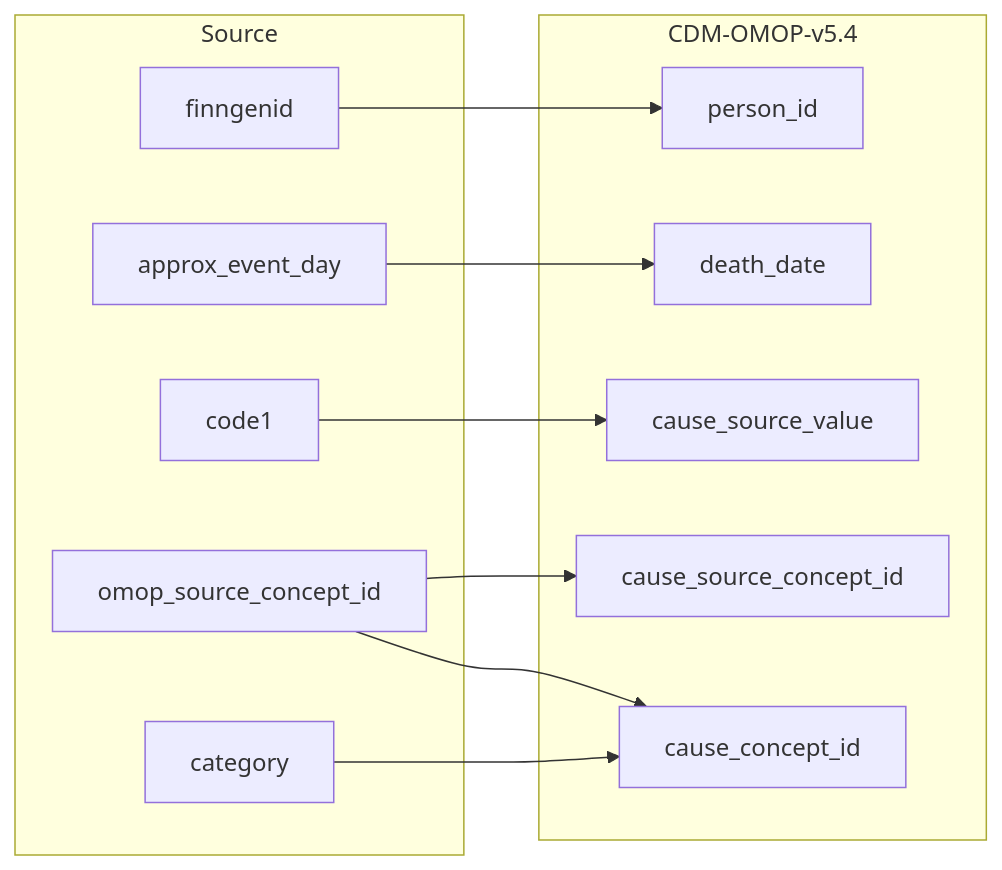
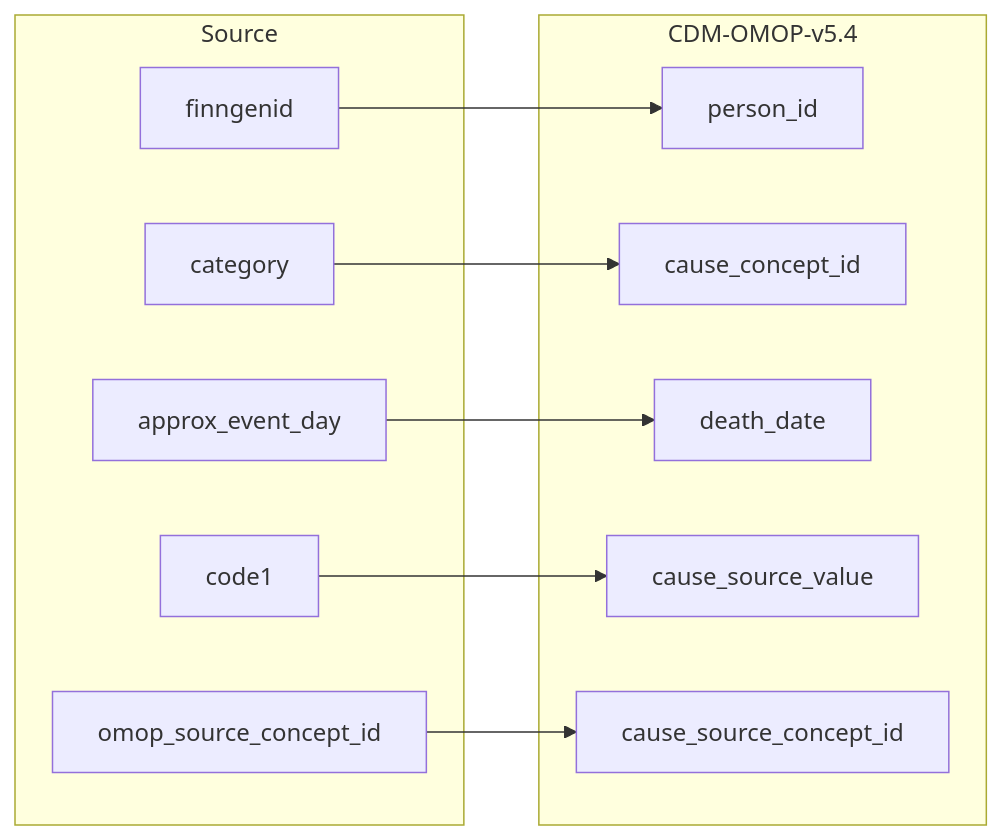
The diagram in 2_etl_specifications/documentation/death.md (FINNGEN/ETL), drawn with Mermaid before and after one commit. The commit also changed other lines of this file and 10 other files, not shown here.

````diff
--- a/2_etl_specifications/documentation/death.md
+++ b/2_etl_specifications/documentation/death.md
@@ -5,25 +5,24 @@
 ```mermaid
 flowchart LR
     subgraph Source
         finngenid
         approx_event_day
         code1
         omop_source_concept_id
         category
     end
 
     subgraph CDM-OMOP-v5.4
         person_id
         cause_concept_id
         death_date
         cause_source_value
         cause_source_concept_id
     end
 
     finngenid-->person_id
-    omop_source_concept_id-->cause_concept_id
     category-->cause_concept_id
     approx_event_day-->death_date
     code1-->cause_source_value
     omop_source_concept_id-->cause_source_concept_id
 ```
````
